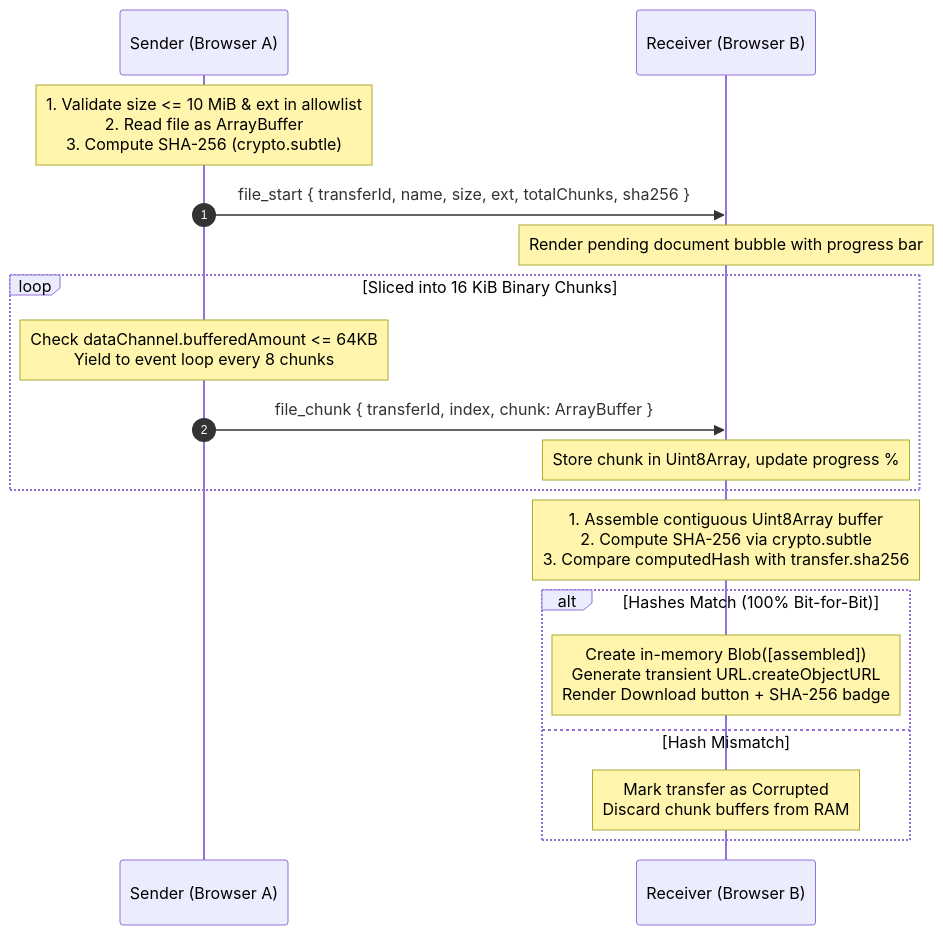
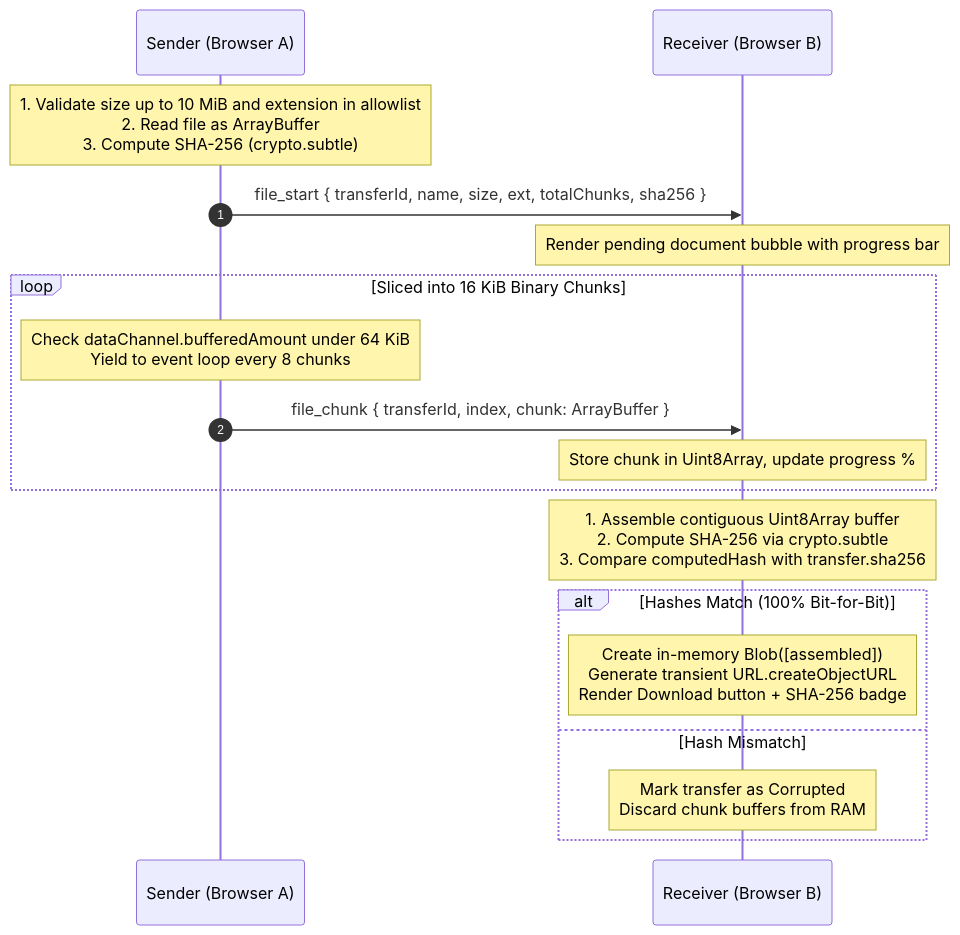
The first of 2 diagrams in docs/ARCHITECTURE.md (skandachandrashekar335-wq/anomoly-chat), drawn with Mermaid before and after one commit. The commit also changed other lines of this file and 1 other file, not shown here.

Commit message:
fix(docs): resolve Mermaid diagram syntax errors for GitHub rendering

````diff
--- a/docs/ARCHITECTURE.md
+++ b/docs/ARCHITECTURE.md
@@ -75,23 +75,23 @@
 ```mermaid
 sequenceDiagram
     autonumber
     participant S as Sender (Browser A)
     participant R as Receiver (Browser B)
 
-    Note over S: 1. Validate size <= 10 MiB & ext in allowlist<br/>2. Read file as ArrayBuffer<br/>3. Compute SHA-256 (crypto.subtle)
+    Note over S: 1. Validate size up to 10 MiB and extension in allowlist<br/>2. Read file as ArrayBuffer<br/>3. Compute SHA-256 (crypto.subtle)
     S->>R: file_start { transferId, name, size, ext, totalChunks, sha256 }
     Note over R: Render pending document bubble with progress bar
 
     loop Sliced into 16 KiB Binary Chunks
-        Note over S: Check dataChannel.bufferedAmount <= 64KB<br/>Yield to event loop every 8 chunks
+        Note over S: Check dataChannel.bufferedAmount under 64 KiB<br/>Yield to event loop every 8 chunks
         S->>R: file_chunk { transferId, index, chunk: ArrayBuffer }
         Note over R: Store chunk in Uint8Array, update progress %
     end
 
     Note over R: 1. Assemble contiguous Uint8Array buffer<br/>2. Compute SHA-256 via crypto.subtle<br/>3. Compare computedHash with transfer.sha256
     alt Hashes Match (100% Bit-for-Bit)
         Note over R: Create in-memory Blob([assembled])<br/>Generate transient URL.createObjectURL<br/>Render Download button + SHA-256 badge
     else Hash Mismatch
         Note over R: Mark transfer as Corrupted<br/>Discard chunk buffers from RAM
     end
 ```
````
